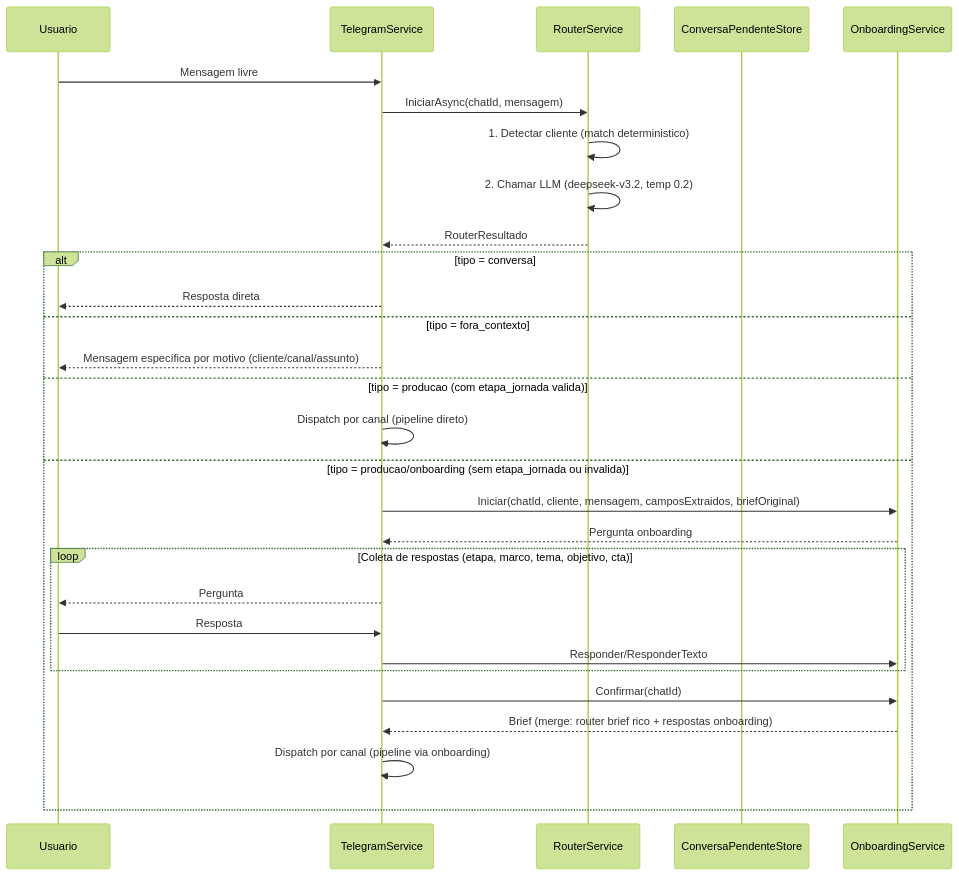
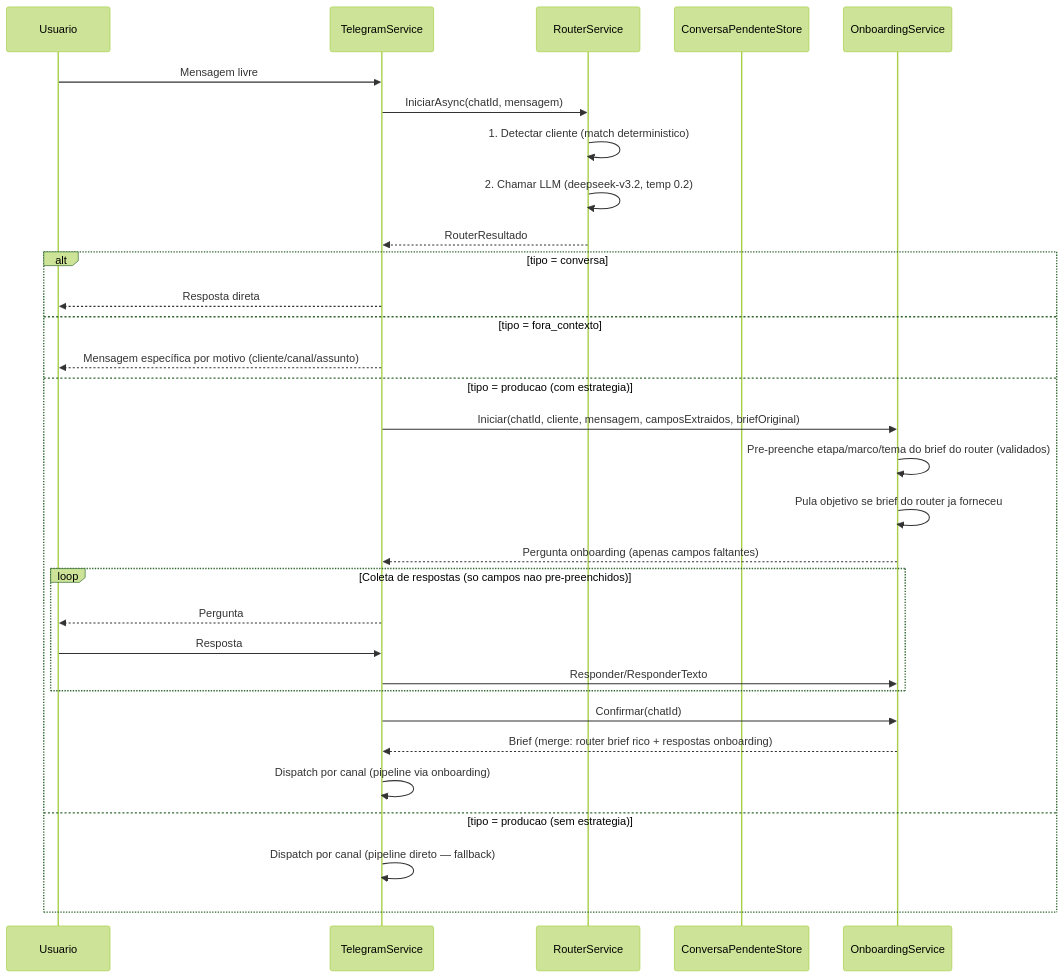
One commit to joaopedro-marques/suspira.fluxo.demo changed the second of 7 diagrams in docs/ARCHITECTURE.md. Above: the diagram before and after it, drawn with Mermaid (forest theme). The commit also changed other lines of this file, not shown here.

Commit message:
docs: atualizar ARCHITECTURE.md com fluxo onboarding + paleta JSON
- Diagrama do router: producao SEMPRE vai para onboarding quando ha
  estrategia (com pre-preenchimento do brief do router)
- Steps table: StepEstrategiaEmail sem satisfacoes/insatisfacoes;
  StepMarcaEmail so carrega logo; StepCopyEmail recebe Tom do brief
  e hex codes da fase da paleta JSON
- Tabela de contexto: StepMarcaEmail simplificado; StepCopyEmail
  recebe Estrategia direto (sem Marca intermediaria)

````diff
--- a/docs/ARCHITECTURE.md
+++ b/docs/ARCHITECTURE.md
@@ -67,34 +67,36 @@
 ```mermaid
 sequenceDiagram
     participant U as Usuario
     participant T as TelegramService
     participant R as RouterService
     participant PS as ConversaPendenteStore
     participant O as OnboardingService
     
     U->>T: Mensagem livre
     T->>R: IniciarAsync(chatId, mensagem)
     
     R->>R: 1. Detectar cliente (match deterministico)
     R->>R: 2. Chamar LLM (deepseek-v3.2, temp 0.2)
     R-->>T: RouterResultado
     
     alt tipo = conversa
         T-->>U: Resposta direta
     else tipo = fora_contexto
         T-->>U: Mensagem específica por motivo (cliente/canal/assunto)
-    else tipo = producao (com etapa_jornada valida)
-        T->>T: Dispatch por canal (pipeline direto)
-    else tipo = producao/onboarding (sem etapa_jornada ou invalida)
+    else tipo = producao (com estrategia)
         T->>O: Iniciar(chatId, cliente, mensagem, camposExtraidos, briefOriginal)
-        O-->>T: Pergunta onboarding
-        loop Coleta de respostas (etapa, marco, tema, objetivo, cta)
+        O->>O: Pre-preenche etapa/marco/tema do brief do router (validados)
+        O->>O: Pula objetivo se brief do router ja forneceu
+        O-->>T: Pergunta onboarding (apenas campos faltantes)
+        loop Coleta de respostas (so campos nao pre-preenchidos)
             T-->>U: Pergunta
             U->>T: Resposta
             T->>O: Responder/ResponderTexto
         end
         T->>O: Confirmar(chatId)
         O-->>T: Brief (merge: router brief rico + respostas onboarding)
         T->>T: Dispatch por canal (pipeline via onboarding)
+    else tipo = producao (sem estrategia)
+        T->>T: Dispatch por canal (pipeline direto — fallback)
     end
 ```
````
